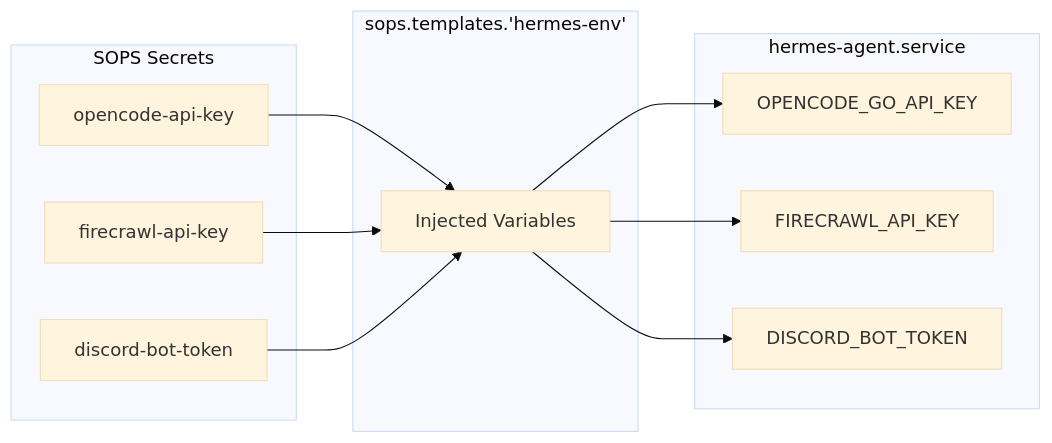
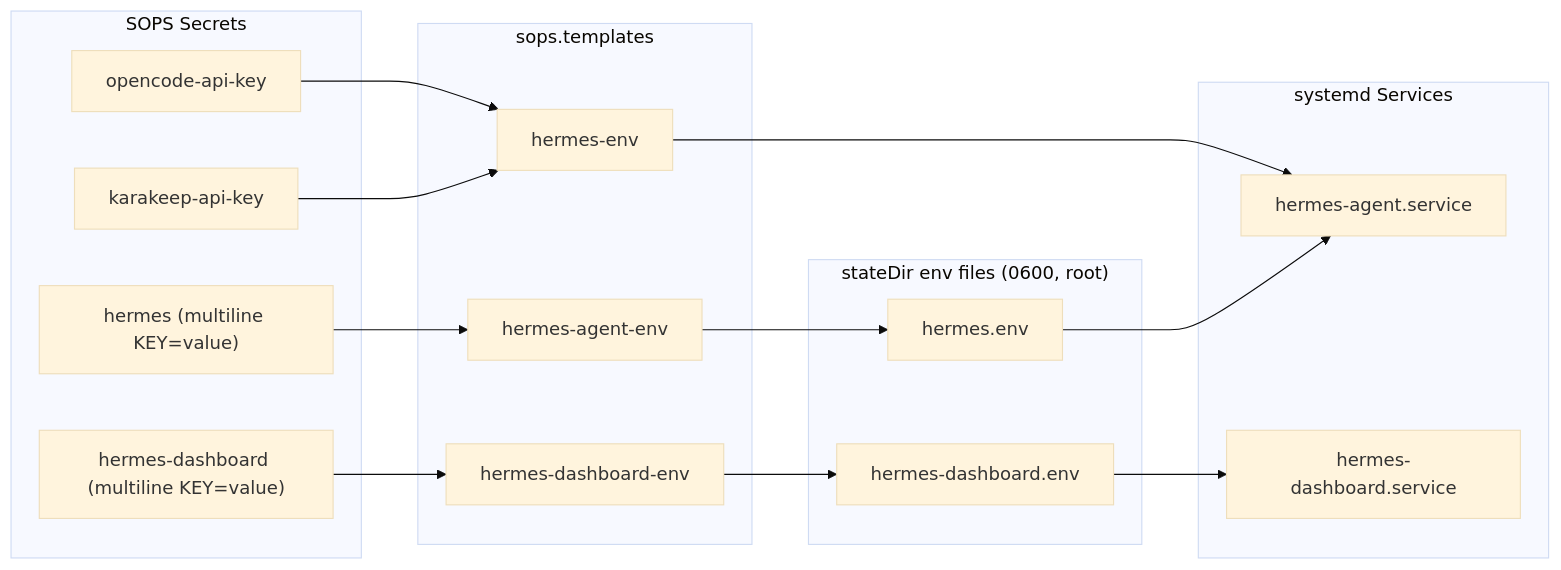
The second of 2 diagrams in docs/Secret-Management-with-SOPS.md (Cody-W-Tucker/nix-config), drawn with Mermaid (base theme) before and after one commit. The commit also changed other lines of this file and 7 other files, not shown here.

Commit message:
reformat hermes secrets

````diff
--- a/docs/Secret-Management-with-SOPS.md
+++ b/docs/Secret-Management-with-SOPS.md
@@ -77,22 +82,31 @@
 ```mermaid
 flowchart LR
-    subgraph hermes_agent_service ["hermes-agent.service"]
-        V1["OPENCODE_GO_API_KEY"]
-        V2["FIRECRAWL_API_KEY"]
-        V3["DISCORD_BOT_TOKEN"]
+    subgraph sops_secrets ["SOPS Secrets"]
+        S0["hermes (multiline KEY=value)"]
+        S3["hermes-dashboard (multiline KEY=value)"]
+        S1["opencode-api-key"]
+        S2["karakeep-api-key"]
     end
-    subgraph sops_templates_hermes_env_ ["sops.templates.'hermes-env'"]
-        T["Injected Variables"]
+    subgraph templates ["sops.templates"]
+        T0["hermes-agent-env"]
+        T3["hermes-dashboard-env"]
+        T["hermes-env"]
     end
-    subgraph subGraph0 ["SOPS Secrets"]
-        S1["opencode-api-key"]
-        S2["firecrawl-api-key"]
-        S3["discord-bot-token"]
+    subgraph env_files ["stateDir env files (0600, root)"]
+        E1["hermes.env"]
+        E2["hermes-dashboard.env"]
     end
+    subgraph services ["systemd Services"]
+        V1["hermes-agent.service"]
+        V2["hermes-dashboard.service"]
+    end
+    S0 --> T0
+    S3 --> T3
     S1 --> T
     S2 --> T
-    S3 --> T
+    T0 --> E1
+    T3 --> E2
     T --> V1
-    T --> V2
-    T --> V3
+    E1 --> V1
+    E2 --> V2
 ```
````
